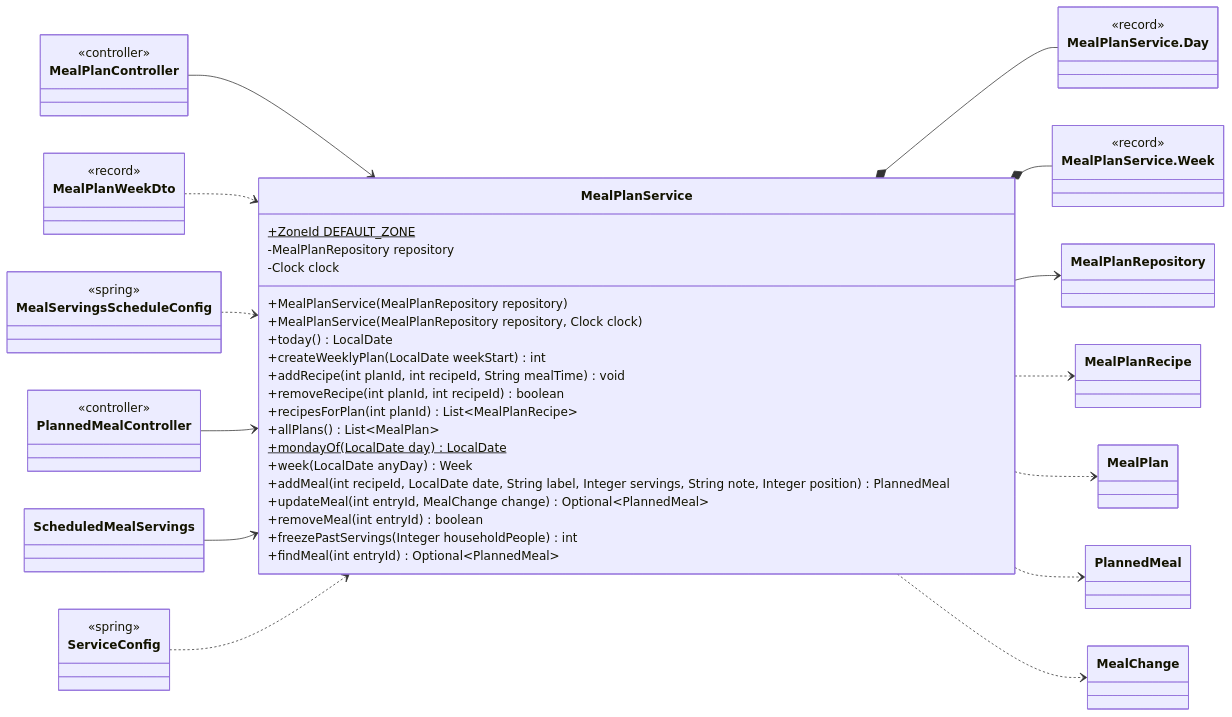
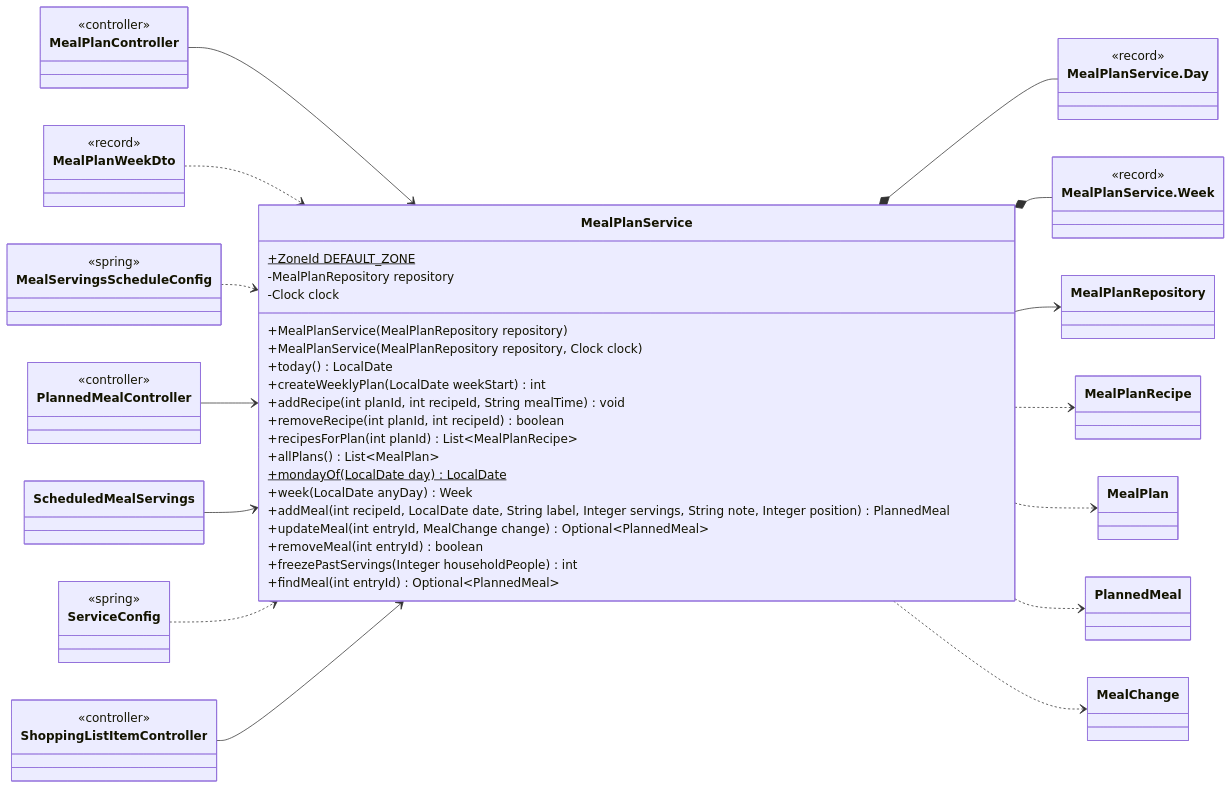
Before and after one commit to Nate-ryan-7690/dahaem: the sixth of 26 diagrams in docs/classes/mealplanner.md, drawn with Mermaid. The commit also changed other lines of this file and 6 other files, not shown here.

````diff
--- a/docs/classes/mealplanner.md
+++ b/docs/classes/mealplanner.md
@@ -368,64 +368,68 @@
 ```mermaid
 classDiagram
     direction LR
     class mealplanner_MealPlanService["MealPlanService"] {
         +ZoneId DEFAULT_ZONE$
         -MealPlanRepository repository
         -Clock clock
         +MealPlanService(MealPlanRepository repository)
         +MealPlanService(MealPlanRepository repository, Clock clock)
         +today() LocalDate
         +createWeeklyPlan(LocalDate weekStart) int
         +addRecipe(int planId, int recipeId, String mealTime) void
         +removeRecipe(int planId, int recipeId) boolean
         +recipesForPlan(int planId) List~MealPlanRecipe~
         +allPlans() List~MealPlan~
         +mondayOf(LocalDate day) LocalDate$
         +week(LocalDate anyDay) Week
         +addMeal(int recipeId, LocalDate date, String label, Integer servings, String note, Integer position) PlannedMeal
         +updateMeal(int entryId, MealChange change) Optional~PlannedMeal~
         +removeMeal(int entryId) boolean
         +freezePastServings(Integer householdPeople) int
         +findMeal(int entryId) Optional~PlannedMeal~
     }
     class mealplanner_MealPlanService_Day["MealPlanService.Day"] {
         <<record>>
     }
     class mealplanner_MealPlanService_Week["MealPlanService.Week"] {
         <<record>>
     }
     class mealplanner_MealPlanRepository["MealPlanRepository"]
     class api_MealPlanController["MealPlanController"] {
         <<controller>>
     }
     class api_PlannedMealController["PlannedMealController"] {
         <<controller>>
     }
     class api_ScheduledMealServings["ScheduledMealServings"]
+    class api_ShoppingListItemController["ShoppingListItemController"] {
+        <<controller>>
+    }
     class mealplanner_MealPlanRecipe["MealPlanRecipe"]
     class mealplanner_MealPlan["MealPlan"]
     class mealplanner_PlannedMeal["PlannedMeal"]
     class mealplanner_MealChange["MealChange"]
     class api_MealPlanWeekDto["MealPlanWeekDto"] {
         <<record>>
     }
     class api_MealServingsScheduleConfig["MealServingsScheduleConfig"] {
         <<spring>>
     }
     class api_ServiceConfig["ServiceConfig"] {
         <<spring>>
     }
     mealplanner_MealPlanService *-- mealplanner_MealPlanService_Day
     mealplanner_MealPlanService *-- mealplanner_MealPlanService_Week
     mealplanner_MealPlanService --> mealplanner_MealPlanRepository
     mealplanner_MealPlanService ..> mealplanner_MealPlanRecipe
     mealplanner_MealPlanService ..> mealplanner_MealPlan
     mealplanner_MealPlanService ..> mealplanner_PlannedMeal
     mealplanner_MealPlanService ..> mealplanner_MealChange
     api_MealPlanController --> mealplanner_MealPlanService
     api_MealPlanWeekDto ..> mealplanner_MealPlanService
     api_MealServingsScheduleConfig ..> mealplanner_MealPlanService
     api_PlannedMealController --> mealplanner_MealPlanService
     api_ScheduledMealServings --> mealplanner_MealPlanService
     api_ServiceConfig ..> mealplanner_MealPlanService
+    api_ShoppingListItemController --> mealplanner_MealPlanService
 ```
````
